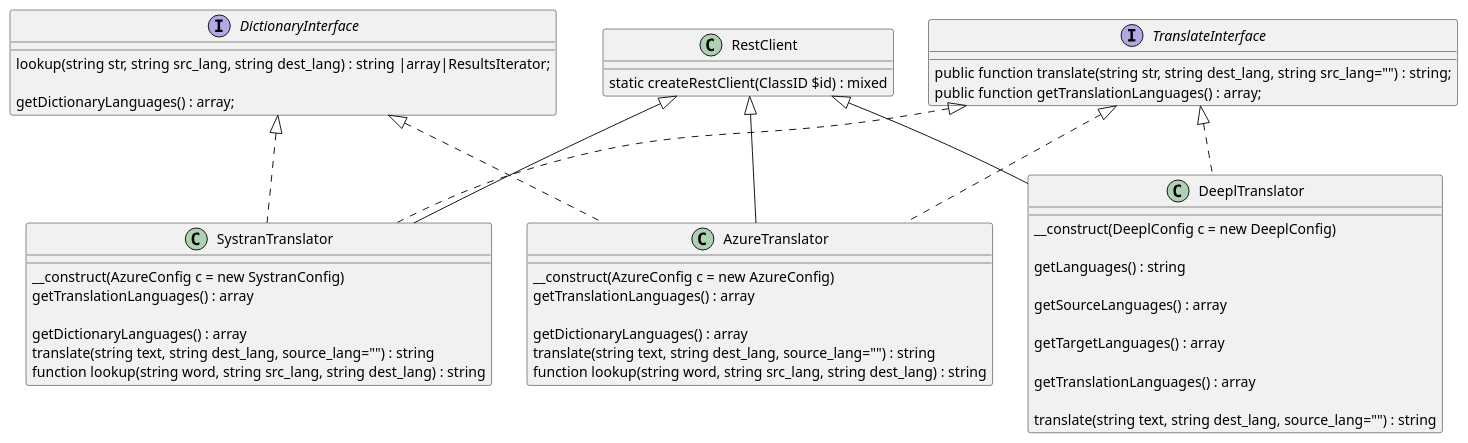
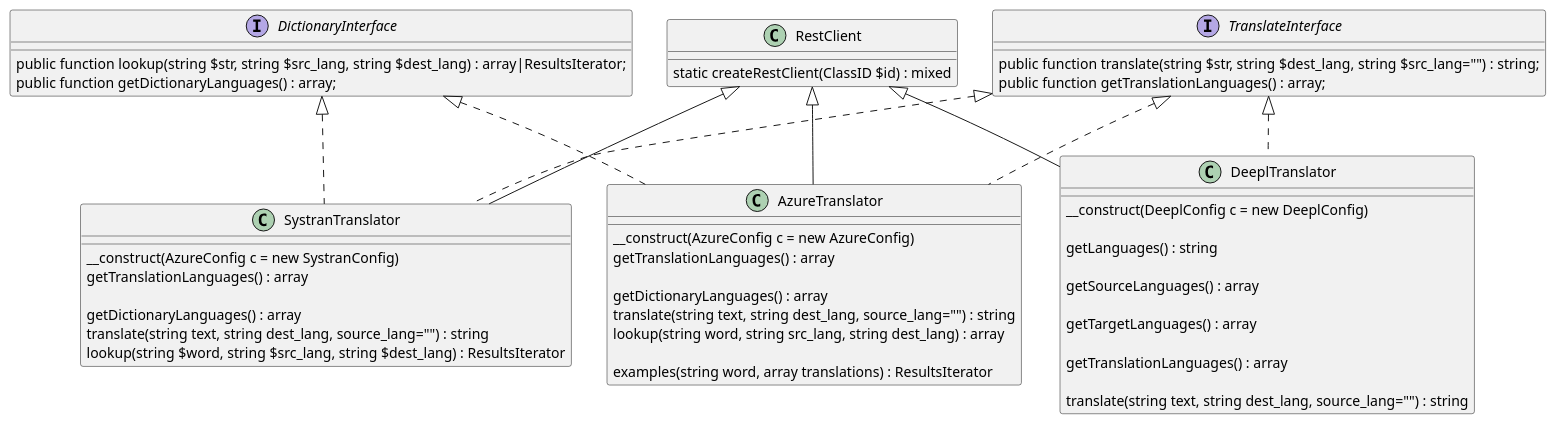
The diagram in plantuml/dict-trans-classes.puml (kurt-krueckeberg/php-translation-and-dictionary-rest-api-classes), drawn with PlantUML before and after one commit. The commit also changed 4 other files, not shown here.

```diff
--- a/plantuml/dict-trans-classes.puml
+++ b/plantuml/dict-trans-classes.puml
@@ -1,58 +1,60 @@
 interface TranslateInterface {
 
-   public function translate(string str, string dest_lang, string src_lang="") : string; 
+   public function translate(string $str, string $dest_lang, string $src_lang="") : string;
    public function getTranslationLanguages() : array;
 }
 
 interface DictionaryInterface {
    
-   lookup(string str, string src_lang, string dest_lang) : string |array|ResultsIterator; 
+   public function lookup(string $str, string $src_lang, string $dest_lang) : array|ResultsIterator; 
+   public function getDictionaryLanguages() : array; 
+}
 
-   getDictionaryLanguages() : array;
-}
 
 class RestClient {
 
    static createRestClient(ClassID $id) : mixed
 }
 
 class AzureTranslator extends RestClient implements DictionaryInterface, TranslateInterface {
 
    __construct(AzureConfig c = new AzureConfig)
    
    getTranslationLanguages() : array
 
    getDictionaryLanguages() : array 
     
    translate(string text, string dest_lang, source_lang="") : string 
    
-   function lookup(string word, string src_lang, string dest_lang) : string 
+   lookup(string word, string src_lang, string dest_lang) : array 
+
+   examples(string word, array translations) : ResultsIterator
 }
 
 class DeeplTranslator extends RestClient implements TranslateInterface {
    
    __construct(DeeplConfig c = new DeeplConfig)
    
    getLanguages() : string
 
    getSourceLanguages() : array
 
    getTargetLanguages() : array
    
    getTranslationLanguages() : array
 
    translate(string text, string dest_lang, source_lang="") : string 
 }
 
 class SystranTranslator extends RestClient implements DictionaryInterface, TranslateInterface {
 
    __construct(AzureConfig c = new SystranConfig)
    
    getTranslationLanguages() : array
 
    getDictionaryLanguages() : array 
     
    translate(string text, string dest_lang, source_lang="") : string 
    
-   function lookup(string word, string src_lang, string dest_lang) : string 
+   lookup(string $word, string $src_lang, string $dest_lang) : ResultsIterator
 }
```
